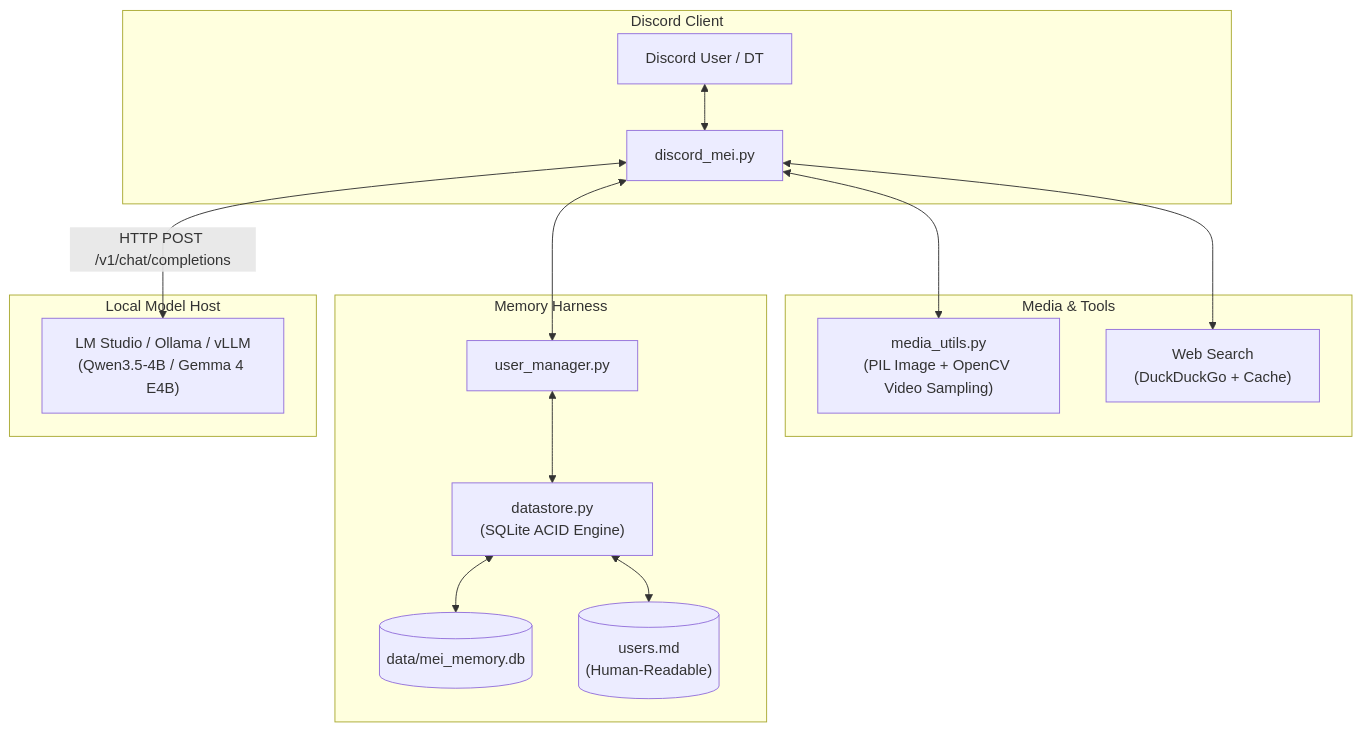
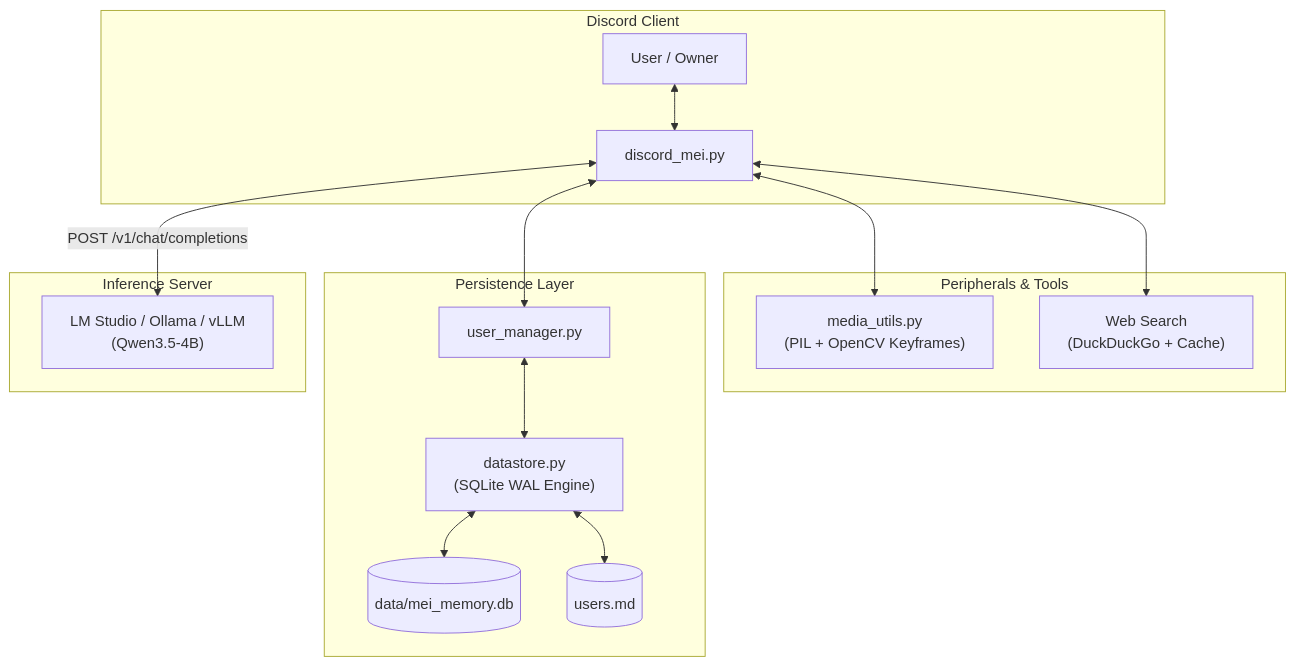
Before and after one commit to ItsDTYT/Disco-AI: the diagram in README.md, drawn with Mermaid. The commit also changed other lines of this file and 3 other files, not shown here.

````diff
--- a/README.md
+++ b/README.md
@@ -57,22 +54,22 @@
 ```mermaid
 flowchart TD
     subgraph Discord["Discord Client"]
-        User["Discord User / DT"] <--> Bot["discord_mei.py"]
+        User["User / Owner"] <--> Bot["discord_mei.py"]
     end
 
-    subgraph Peripherals["Media & Tools"]
-        Bot <--> Media["media_utils.py<br/>(PIL Image + OpenCV Video Sampling)"]
+    subgraph Peripherals["Peripherals & Tools"]
+        Bot <--> Media["media_utils.py<br/>(PIL + OpenCV Keyframes)"]
         Bot <--> Search["Web Search<br/>(DuckDuckGo + Cache)"]
     end
 
-    subgraph Memory["Memory Harness"]
+    subgraph Storage["Persistence Layer"]
         Bot <--> UserMgr["user_manager.py"]
-        UserMgr <--> DataStore["datastore.py<br/>(SQLite ACID Engine)"]
+        UserMgr <--> DataStore["datastore.py<br/>(SQLite WAL Engine)"]
         DataStore <--> DB[("data/mei_memory.db")]
-        DataStore <--> Dossier[("users.md<br/>(Human-Readable)")]
+        DataStore <--> Dossier[("users.md")]
     end
 
-    subgraph Inference["Local Model Host"]
-        Bot <-->|HTTP POST /v1/chat/completions| Engine["LM Studio / Ollama / vLLM<br/>(Qwen3.5-4B / Gemma 4 E4B)"]
+    subgraph Backend["Inference Server"]
+        Bot <-->|POST /v1/chat/completions| Engine["LM Studio / Ollama / vLLM<br/>(Qwen3.5-4B)"]
     end
 ```
````
